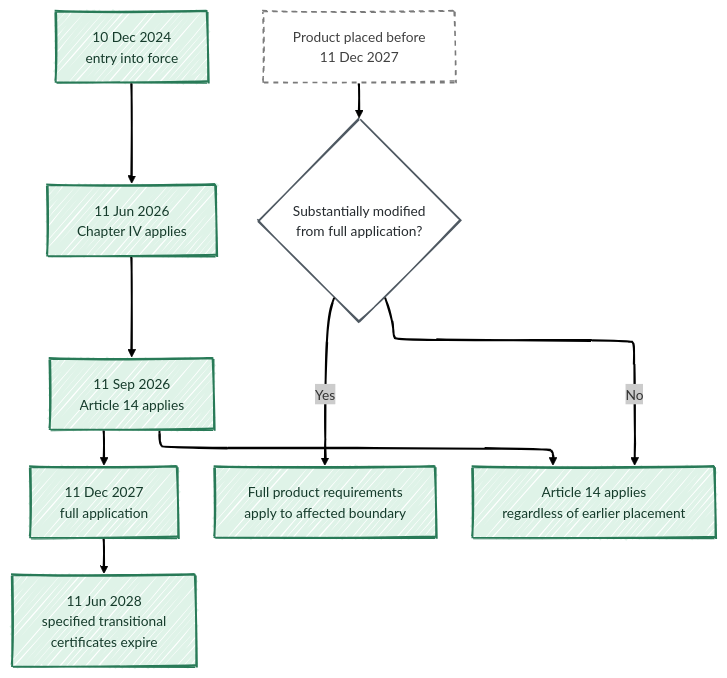
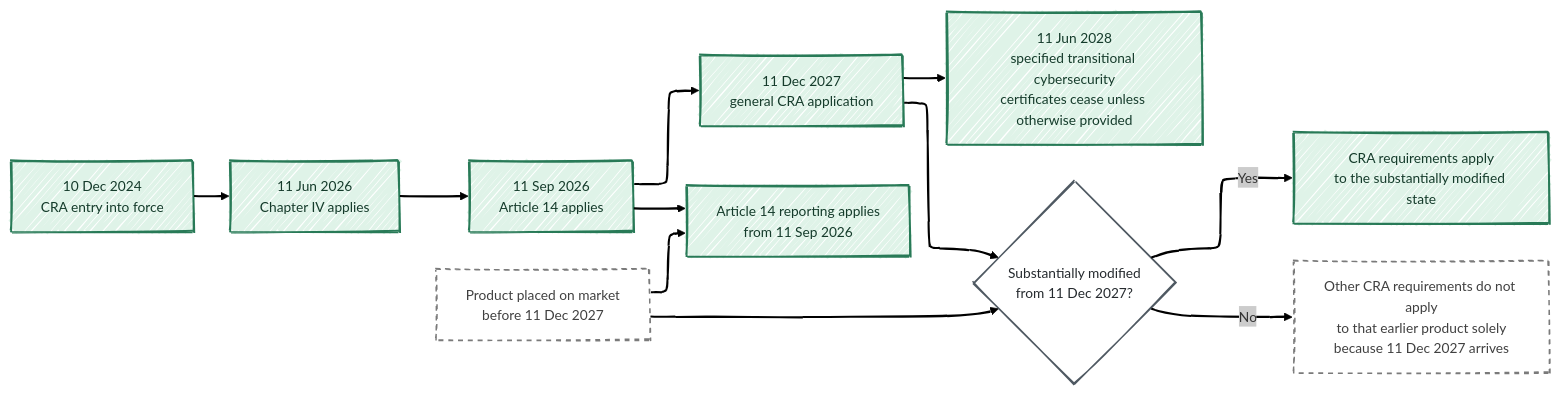
One commit to antomon/antomon.github.io changed diagram 12 of 18 in longforms/cyber-resilience-act-the-new-product-security-baseline/index.qmd. Above: the diagram before and after it, drawn with Mermaid. The commit also changed other lines of this file and 54 other files, not shown here.

````diff
--- a/longforms/cyber-resilience-act-the-new-product-security-baseline/index.qmd
+++ b/longforms/cyber-resilience-act-the-new-product-security-baseline/index.qmd
@@ -955,32 +2429,36 @@
 ```{mermaid}
 %%| label: fig-cyber-resilience-act-the-new-product-security-baseline-enforcement-transition
-%%| fig-cap: "The CRA transition separates reporting readiness from full product conformity and legacy-product modification."
-%%| fig-alt: "A left-to-right timeline shows entry into force on 10 December 2024, conformity-assessment-body provisions on 11 June 2026, Article 14 reporting on 11 September 2026, full CRA application on 11 December 2027, and the end of specified transitional certificate validity on 11 June 2028. A branch shows that pre-December-2027 products are generally subject to the full product requirements only after substantial modification, while Article 14 reporting applies to them from September 2026."
+%%| fig-cap: "CRA transition separates conformity-assessment-body provisions, Article 14 reporting, general product requirements, substantial modification of earlier products, and transitional certificate validity."
+%%| fig-alt: "A timeline runs from entry into force on 10 December 2024 to Chapter IV application on 11 June 2026, Article 14 reporting on 11 September 2026, general CRA application on 11 December 2027, and the 11 June 2028 end date for specified transitional cybersecurity certificates unless they expire earlier or other legislation provides otherwise. A branch for a product placed before 11 December 2027 shows that Article 14 applies from September 2026, while the other CRA requirements apply to that earlier product from December 2027 only if the product is substantially modified."
 %%| fig-align: center
 %%{init: {"theme": "neo", "look": "handDrawn", "layout": "elk"}}%%
-flowchart TD
-    D1[10 Dec 2024<br/>entry into force]:::product
+flowchart LR
+    D1[10 Dec 2024<br/>CRA entry into force]:::product
     D2[11 Jun 2026<br/>Chapter IV applies]:::product
     D3[11 Sep 2026<br/>Article 14 applies]:::product
-    D4[11 Dec 2027<br/>full application]:::product
-    D5[11 Jun 2028<br/>specified transitional<br/>certificates expire]:::product
+    D4[11 Dec 2027<br/>general CRA application]:::product
+    D5[11 Jun 2028<br/>specified transitional cybersecurity<br/>certificates cease unless otherwise provided]:::product
 
-    LEGACY[Product placed before<br/>11 Dec 2027]:::context
-    MOD{Substantially modified<br/>from full application?}:::test
-    FULL[Full product requirements<br/>apply to affected boundary]:::product
-    REPORT[Article 14 applies<br/>regardless of earlier placement]:::product
+    LEGACY[Product placed on market<br/>before 11 Dec 2027]:::context
+    REPORT[Article 14 reporting applies<br/>from 11 Sep 2026]:::product
+    MOD{Substantially modified<br/>from 11 Dec 2027?}:::test
+    FULL[CRA requirements apply<br/>to the substantially modified state]:::product
+    LEGACYRULE[Other CRA requirements do not apply<br/>to that earlier product solely<br/>because 11 Dec 2027 arrives]:::context
 
     D1 --> D2
     D2 --> D3
     D3 --> D4
     D4 --> D5
 
+    LEGACY --> REPORT
     LEGACY --> MOD
+    D3 --> REPORT
+    D4 --> MOD
+
     MOD -- Yes --> FULL
-    MOD -- No --> REPORT
-    D3 --> REPORT
+    MOD -- No --> LEGACYRULE
 
     classDef product fill:#dff3e8,stroke:#287a57,stroke-width:2px,color:#153b2b;
     classDef test fill:#ffffff,stroke:#4f5962,stroke-width:1.5px,color:#252a2e;
     classDef context fill:#ffffff,stroke:#7a7a7a,stroke-width:1.5px,stroke-dasharray:5 5,color:#404040;
 ```
````
